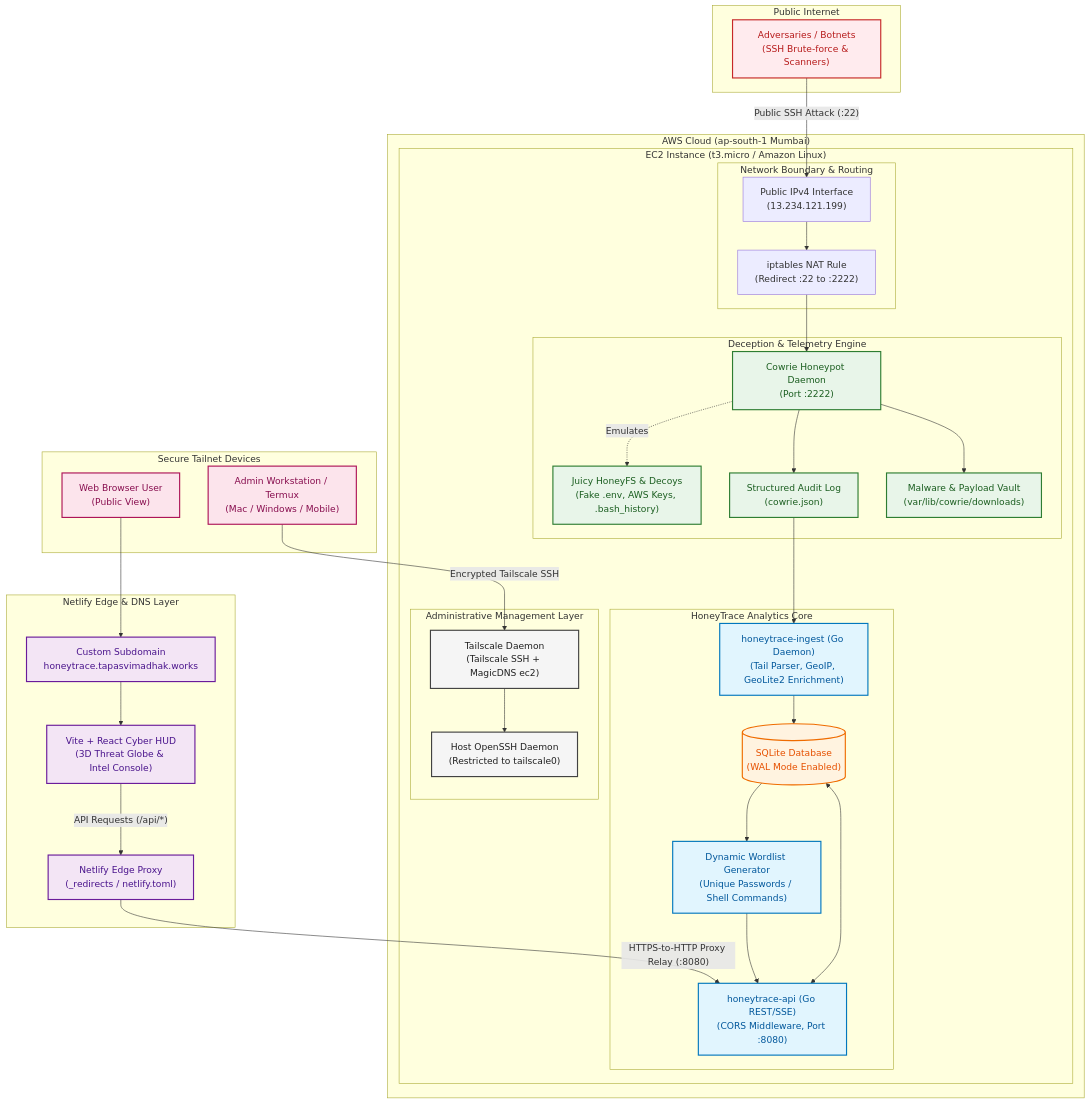
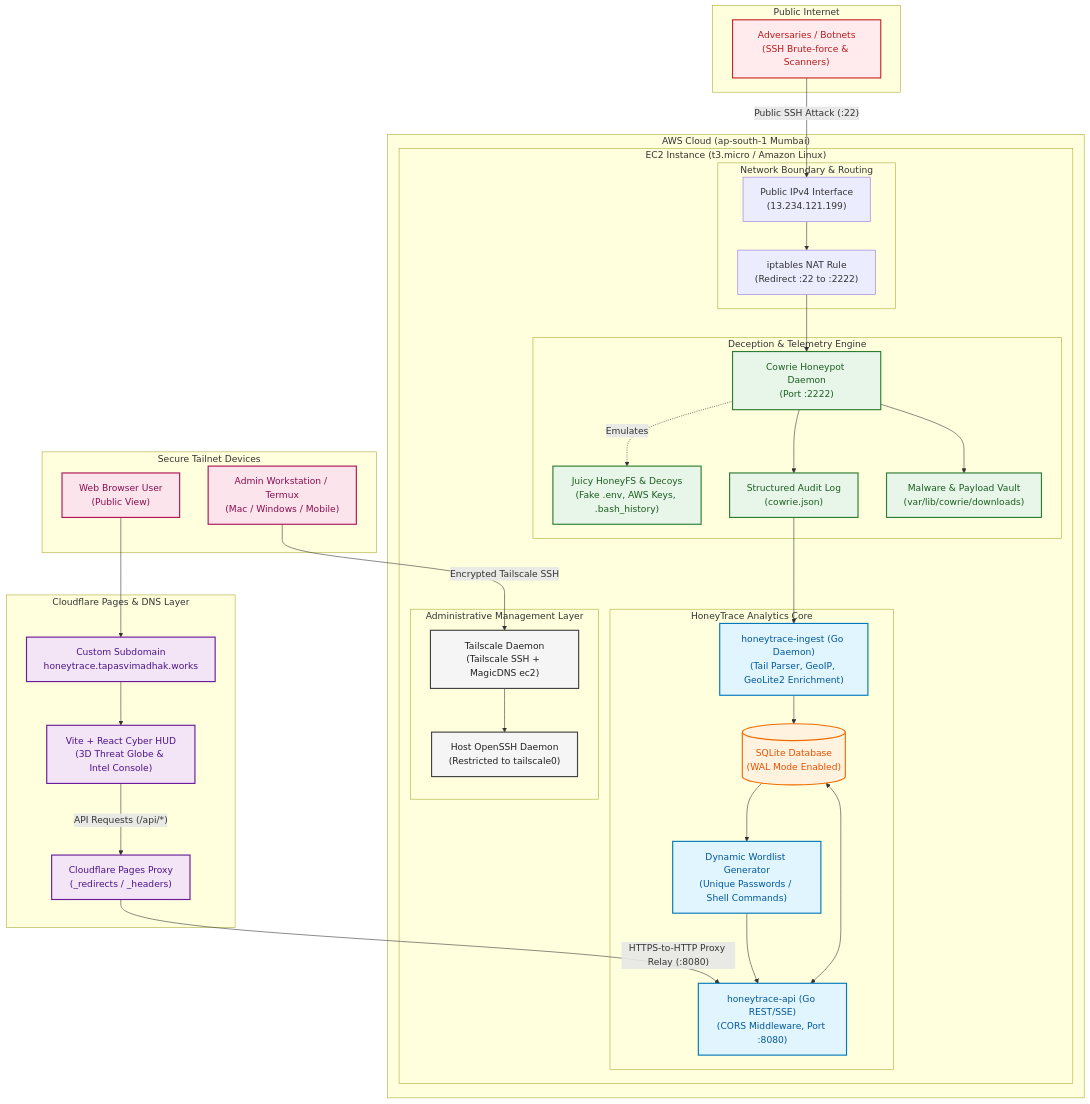
Before and after one commit to TapasviMadhak/HoneyTrace: the diagram in docs/architecture.mmd, drawn with Mermaid. The commit also changed 5 other files, not shown here.

First line of the commit message:
chore(deploy): migrate from Netlify to Cloudflare Pages for unlimited free builds and bandwidth

```diff
--- a/docs/architecture.mmd
+++ b/docs/architecture.mmd
@@ -1,82 +1,82 @@
 flowchart TB
  subgraph WAN["Public Internet"]
         A["Adversaries / Botnets<br>(SSH Brute-force &amp; Scanners)"]
   end
- subgraph NETLIFY["Netlify Edge & DNS Layer"]
+ subgraph CF_PAGES["Cloudflare Pages & DNS Layer"]
         DNS["Custom Subdomain<br>honeytrace.tapasvimadhak.works"]
         SPA["Vite + React Cyber HUD<br>(3D Threat Globe &amp; Intel Console)"]
-        PROXY["Netlify Edge Proxy<br>(_redirects / netlify.toml)"]
+        PROXY["Cloudflare Pages Proxy<br>(_redirects / _headers)"]
   end
  subgraph INGRESS["Network Boundary &amp; Routing"]
         PUB_IP["Public IPv4 Interface<br>(13.234.121.199)"]
         IPTABLES["iptables NAT Rule<br>(Redirect :22 to :2222)"]
   end
  subgraph HONEYPOT_ENV["Deception & Telemetry Engine"]
         COWRIE["Cowrie Honeypot Daemon<br>(Port :2222)"]
         HONEYFS["Juicy HoneyFS &amp; Decoys<br>(Fake .env, AWS Keys, .bash_history)"]
         JSONLOG["Structured Audit Log<br>(cowrie.json)"]
         DOWNLOADS["Malware &amp; Payload Vault<br>(var/lib/cowrie/downloads)"]
   end
  subgraph BACKEND_STACK["HoneyTrace Analytics Core"]
         INGEST["honeytrace-ingest (Go Daemon)<br>(Tail Parser, GeoIP, GeoLite2 Enrichment)"]
         SQLITE[("SQLite Database<br>(WAL Mode Enabled)")]
         API["honeytrace-api (Go REST/SSE)<br>(CORS Middleware, Port :8080)"]
         WORDLIST["Dynamic Wordlist Generator<br>(Unique Passwords / Shell Commands)"]
   end
  subgraph SECURE_MGMT["Administrative Management Layer"]
         TS_DAEMON["Tailscale Daemon<br>(Tailscale SSH + MagicDNS ec2)"]
         REAL_SSHD["Host OpenSSH Daemon<br>(Restricted to tailscale0)"]
   end
  subgraph EC2["EC2 Instance (t3.micro / Amazon Linux)"]
         INGRESS
         HONEYPOT_ENV
         BACKEND_STACK
         SECURE_MGMT
   end
  subgraph AWS["AWS Cloud (ap-south-1 Mumbai)"]
         EC2
   end
  subgraph ADMIN_CLIENTS["Secure Tailnet Devices"]
         ADMIN["Admin Workstation / Termux<br>(Mac / Windows / Mobile)"]
         BROWSER["Web Browser User<br>(Public View)"]
   end
     DNS --> SPA
     SPA -- API Requests (/api/*) --> PROXY
     PUB_IP --> IPTABLES
     IPTABLES --> COWRIE
     COWRIE -. Emulates .-> HONEYFS
     COWRIE --> JSONLOG & DOWNLOADS
     JSONLOG --> INGEST
     INGEST --> SQLITE
     SQLITE <--> API
     SQLITE --> WORDLIST
     WORDLIST --> API
     TS_DAEMON --> REAL_SSHD
     A -- Public SSH Attack (:22) --> PUB_IP
     PROXY -- "HTTPS-to-HTTP Proxy Relay (:8080)" --> API
     BROWSER --> DNS
     ADMIN -- Encrypted Tailscale SSH --> TS_DAEMON
 
      A:::attacker
      DNS:::edge
      SPA:::edge
      PROXY:::edge
      COWRIE:::host
      HONEYFS:::host
      JSONLOG:::host
      DOWNLOADS:::host
      INGEST:::core
      SQLITE:::db
      API:::core
      WORDLIST:::core
      TS_DAEMON:::vpn
      REAL_SSHD:::vpn
      ADMIN:::client
      BROWSER:::client
     classDef attacker fill:#ffebee,stroke:#c62828,stroke-width:2px,color:#b71c1c
     classDef edge fill:#f3e5f5,stroke:#6a1b9a,stroke-width:2px,color:#4a148c
     classDef host fill:#e8f5e9,stroke:#2e7d32,stroke-width:2px,color:#1b5e20
     classDef core fill:#e1f5fe,stroke:#0277bd,stroke-width:2px,color:#01579b
     classDef db fill:#fff3e0,stroke:#ef6c00,stroke-width:2px,color:#e65100
     classDef vpn fill:#f5f5f5,stroke:#424242,stroke-width:2px,color:#212121
     classDef client fill:#fce4ec,stroke:#ad1457,stroke-width:2px,color:#880e4f
```
